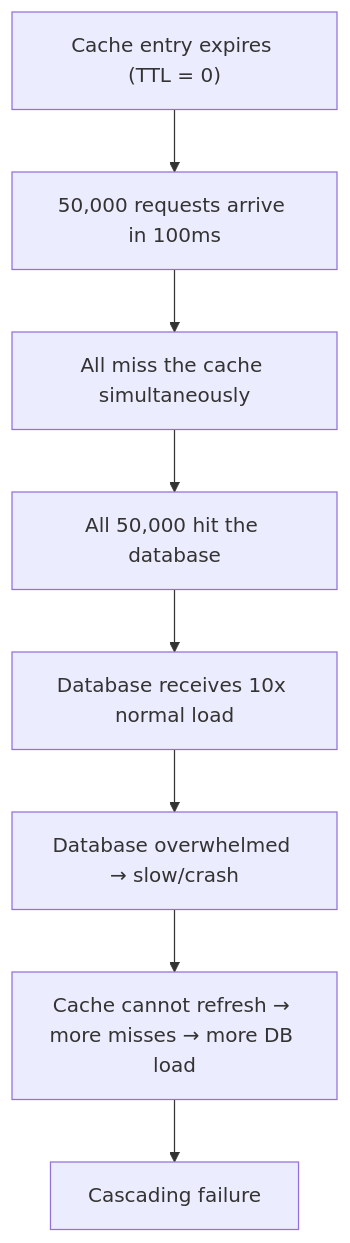
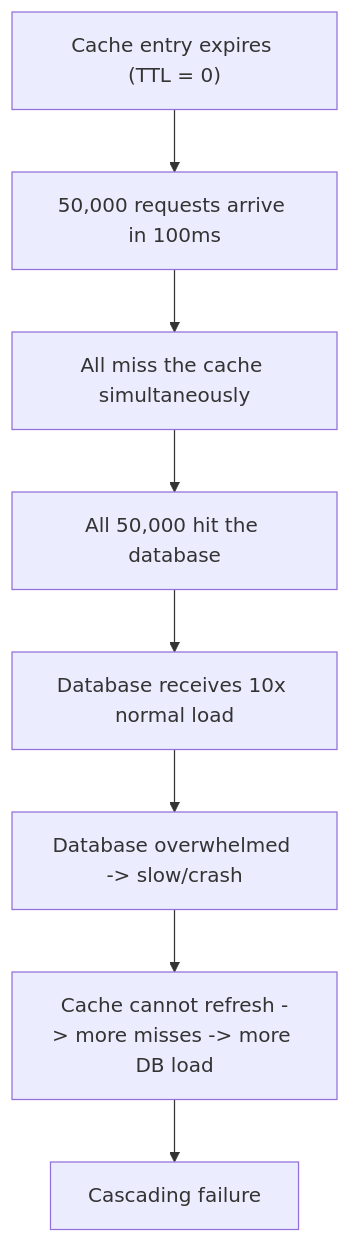
Before and after one commit to ranjeetnegi/System-Design-for-Staff-SWE: the ninth of 22 diagrams in Section0/Chapter_6_Core_Building_Blocks.md, drawn with Mermaid. The commit also changed other lines of this file and 11 other files, not shown here.

````diff
--- a/Section0/Chapter_6_Core_Building_Blocks.md
+++ b/Section0/Chapter_6_Core_Building_Blocks.md
@@ -687,10 +687,10 @@
 ```mermaid
 flowchart TD
     A["Cache entry expires (TTL = 0)"] --> B["50,000 requests arrive in 100ms"]
     B --> C["All miss the cache simultaneously"]
     C --> D["All 50,000 hit the database"]
     D --> E["Database receives 10x normal load"]
-    E --> F["Database overwhelmed → slow/crash"]
-    F --> G["Cache cannot refresh → more misses → more DB load"]
+    E --> F["Database overwhelmed -> slow/crash"]
+    F --> G["Cache cannot refresh -> more misses -> more DB load"]
     G --> H["Cascading failure"]
 ```
````
